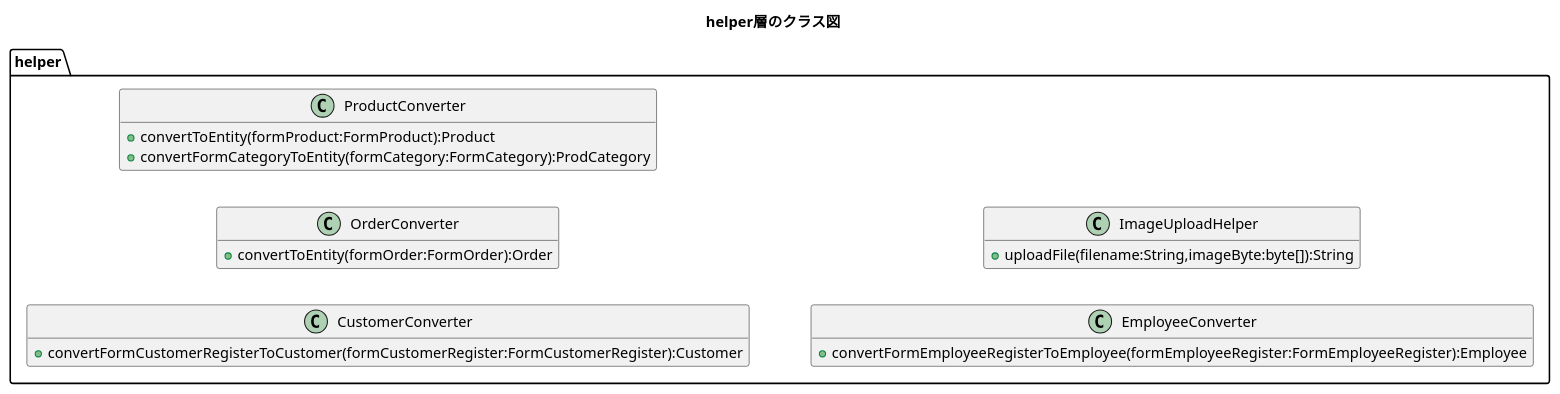
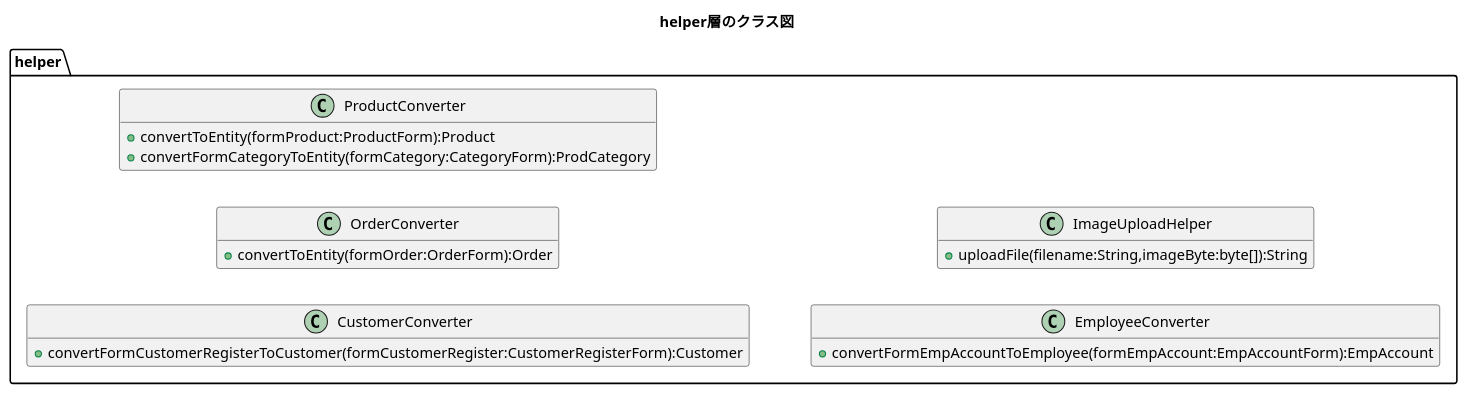
One commit to kanavii3333/ec-b changed the diagram in plan/uml/class/helper.plantuml. Above: the diagram before and after it, drawn with PlantUML. The commit also changed 10 other files, not shown here.

```diff
--- a/plan/uml/class/helper.plantuml
+++ b/plan/uml/class/helper.plantuml
@@ -1,28 +1,28 @@
 @startuml
 title helper層のクラス図
 hide empty members
 left to right direction
 
 package helper{
     class CustomerConverter{
-        +convertFormCustomerRegisterToCustomer(formCustomerRegister:FormCustomerRegister):Customer
+        +convertFormCustomerRegisterToCustomer(formCustomerRegister:CustomerRegisterForm):Customer
     }
 
     class OrderConverter{
-        +convertToEntity(formOrder:FormOrder):Order
+        +convertToEntity(formOrder:OrderForm):Order
     }
 
     class ProductConverter{
-        +convertToEntity(formProduct:FormProduct):Product
-        +convertFormCategoryToEntity(formCategory:FormCategory):ProdCategory
+        +convertToEntity(formProduct:ProductForm):Product
+        +convertFormCategoryToEntity(formCategory:CategoryForm):ProdCategory
     }
 
     class EmployeeConverter{
-        +convertFormEmployeeRegisterToEmployee(formEmployeeRegister:FormEmployeeRegister):Employee
+        +convertFormEmpAccountToEmployee(formEmpAccount:EmpAccountForm):EmpAccount
     }
     
     class ImageUploadHelper{
     	+uploadFile(filename:String,imageByte:byte[]):String
     }
 }
 @enduml
```
